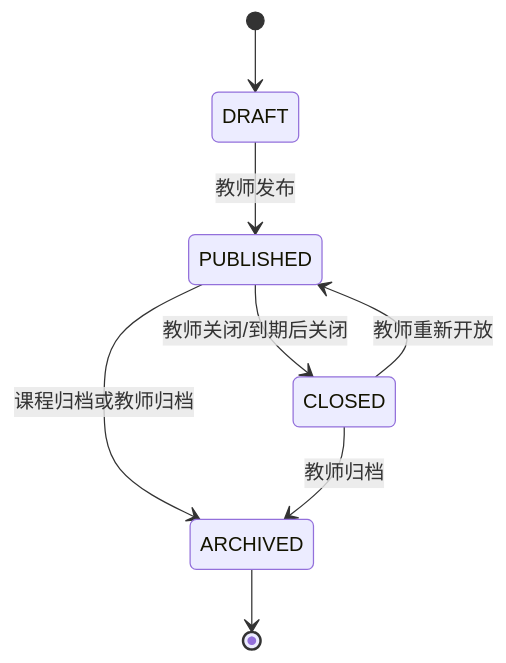
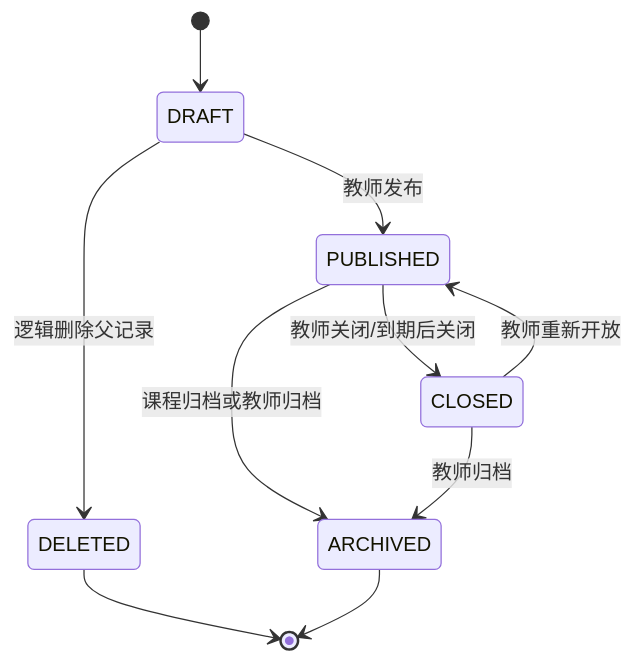
One commit to Cr4zyorange/OnlineJudge changed the eighth of 9 diagrams in docs/过程/详细设计/HWK-作业与自动评测模块-详细设计提交稿.md. Above: the diagram before and after it, drawn with Mermaid. The commit also changed other lines of this file and 17 other files, not shown here.

````diff
--- a/docs/过程/详细设计/HWK-作业与自动评测模块-详细设计提交稿.md
+++ b/docs/过程/详细设计/HWK-作业与自动评测模块-详细设计提交稿.md
@@ -614,10 +668,12 @@
 ```mermaid
 stateDiagram-v2
     [*] --> DRAFT
+    DRAFT --> DELETED: 逻辑删除父记录
+    DELETED --> [*]
     DRAFT --> PUBLISHED: 教师发布
     PUBLISHED --> CLOSED: 教师关闭/到期后关闭
     CLOSED --> PUBLISHED: 教师重新开放
     PUBLISHED --> ARCHIVED: 课程归档或教师归档
     CLOSED --> ARCHIVED: 教师归档
     ARCHIVED --> [*]
 ```
````
